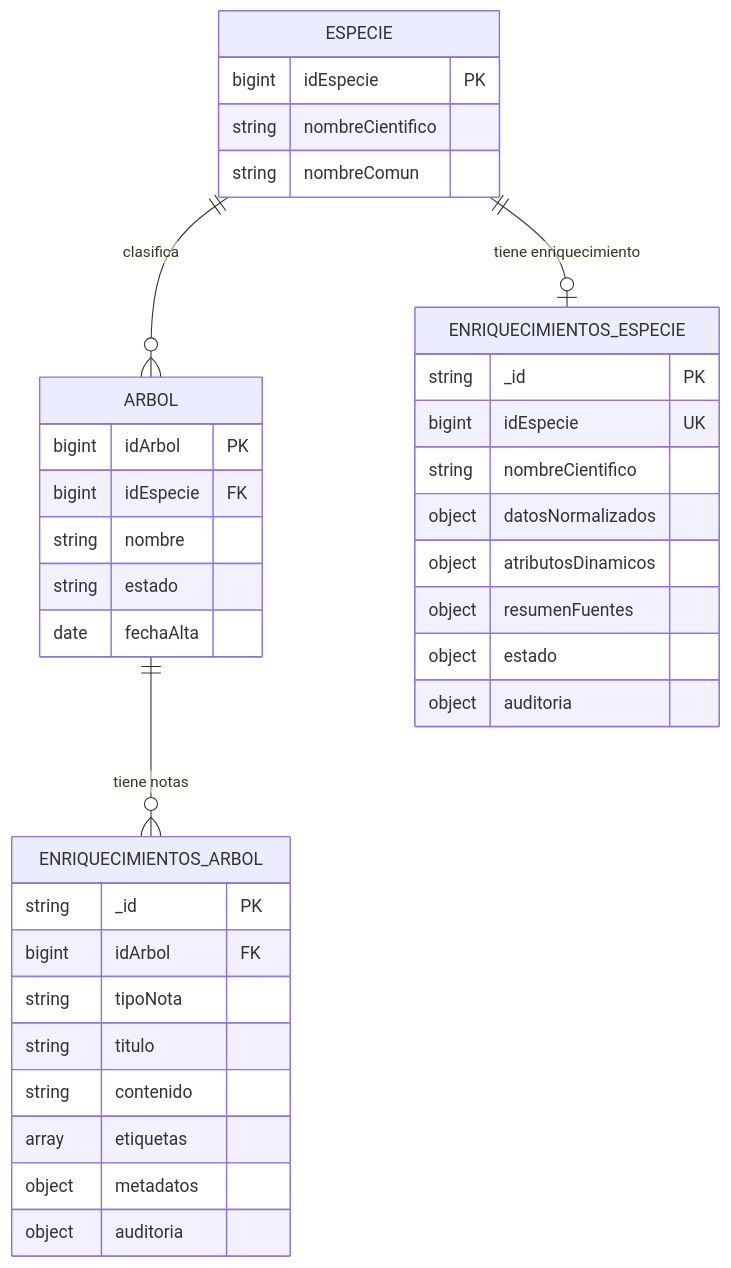
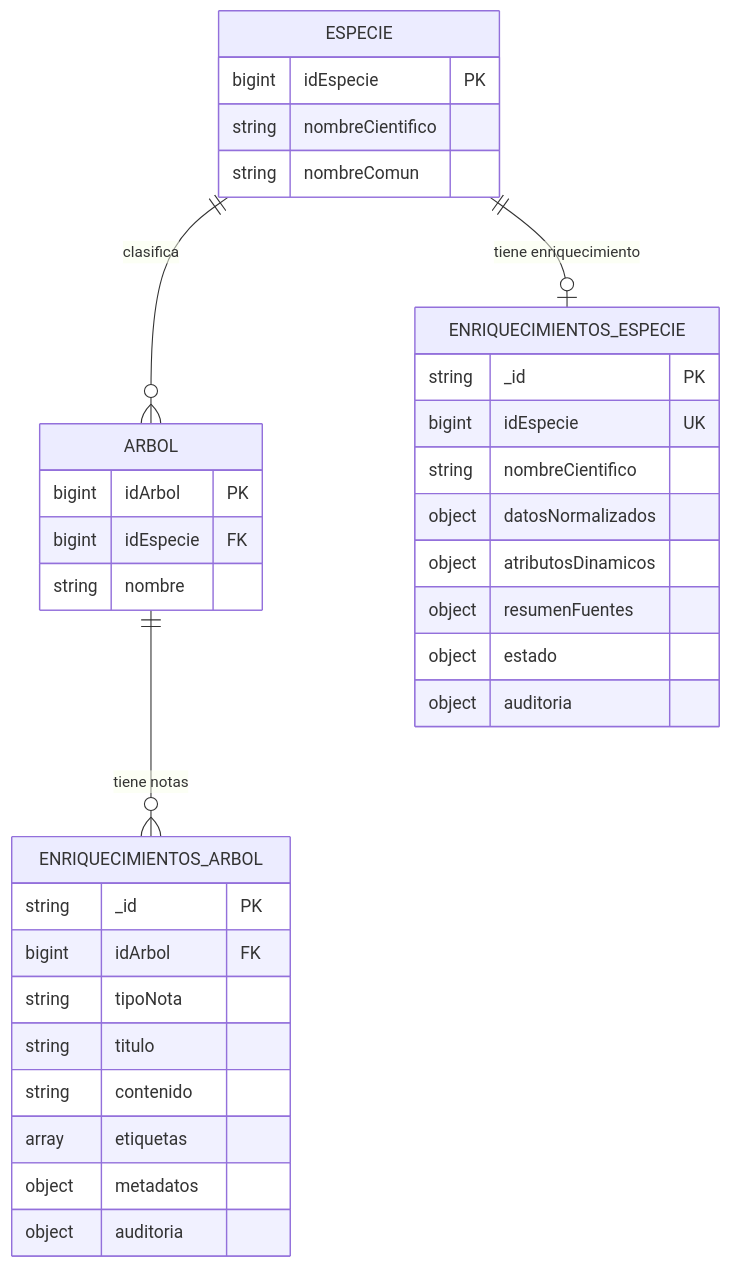
Before and after one commit to LIDR-academy/AI4Devs-finalproject: diagram 15 of 18 in readme.md, drawn with Mermaid. The commit also changed other lines of this file and 319 other files, not shown here.

````diff
--- a/readme.md
+++ b/readme.md
@@ -501,42 +871,40 @@
 ```mermaid
 erDiagram
     ESPECIE ||--o{ ARBOL : "clasifica"
     ESPECIE ||--o| ENRIQUECIMIENTOS_ESPECIE : "tiene enriquecimiento"
     ARBOL ||--o{ ENRIQUECIMIENTOS_ARBOL : "tiene notas"
 
     ESPECIE {
         bigint idEspecie PK
         string nombreCientifico
         string nombreComun
     }
 
     ARBOL {
         bigint idArbol PK
         bigint idEspecie FK
         string nombre
-        string estado
-        date fechaAlta
     }
 
     ENRIQUECIMIENTOS_ESPECIE {
         string _id PK
         bigint idEspecie UK
         string nombreCientifico
         object datosNormalizados
         object atributosDinamicos
         object resumenFuentes
         object estado
         object auditoria
     }
 
     ENRIQUECIMIENTOS_ARBOL {
         string _id PK
         bigint idArbol FK
         string tipoNota
         string titulo
         string contenido
         array etiquetas
         object metadatos
         object auditoria
     }
-```    
+```
````
